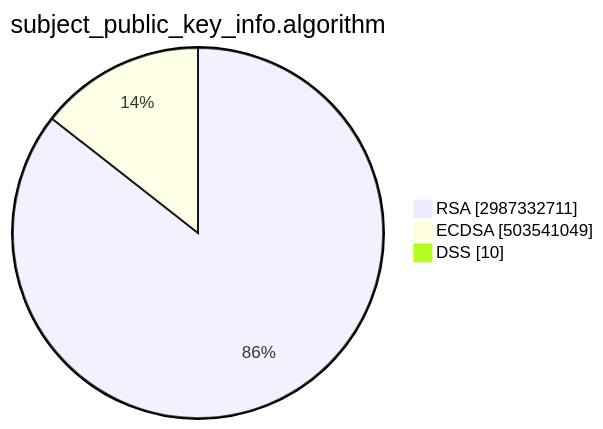
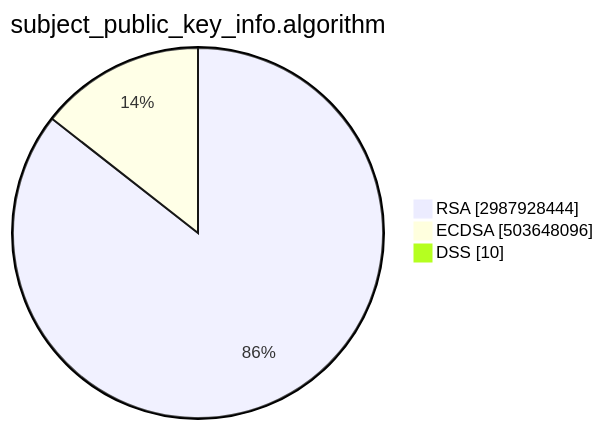
The second of 15 diagrams in TOTAL/README.md (christiankrug/ctmonitor_visualization), drawn with Mermaid before and after one commit. The commit also changed other lines of this file, not shown here.

````diff
--- a/TOTAL/README.md
+++ b/TOTAL/README.md
@@ -6,7 +6,7 @@
 ```mermaid
 pie showData
 title subject_public_key_info.algorithm
-"RSA" :2987332711
-"ECDSA" :503541049
+"RSA" :2987928444
+"ECDSA" :503648096
 "DSS" :10
 ```
````
